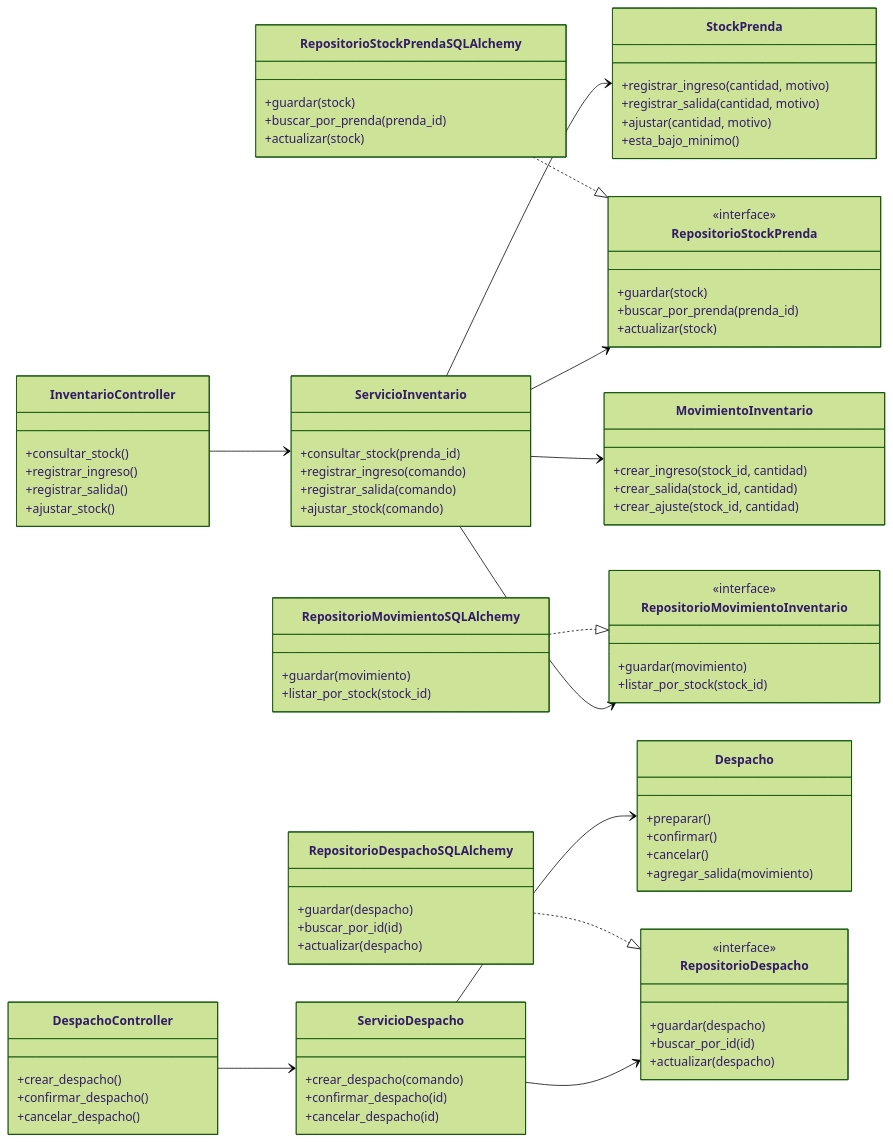
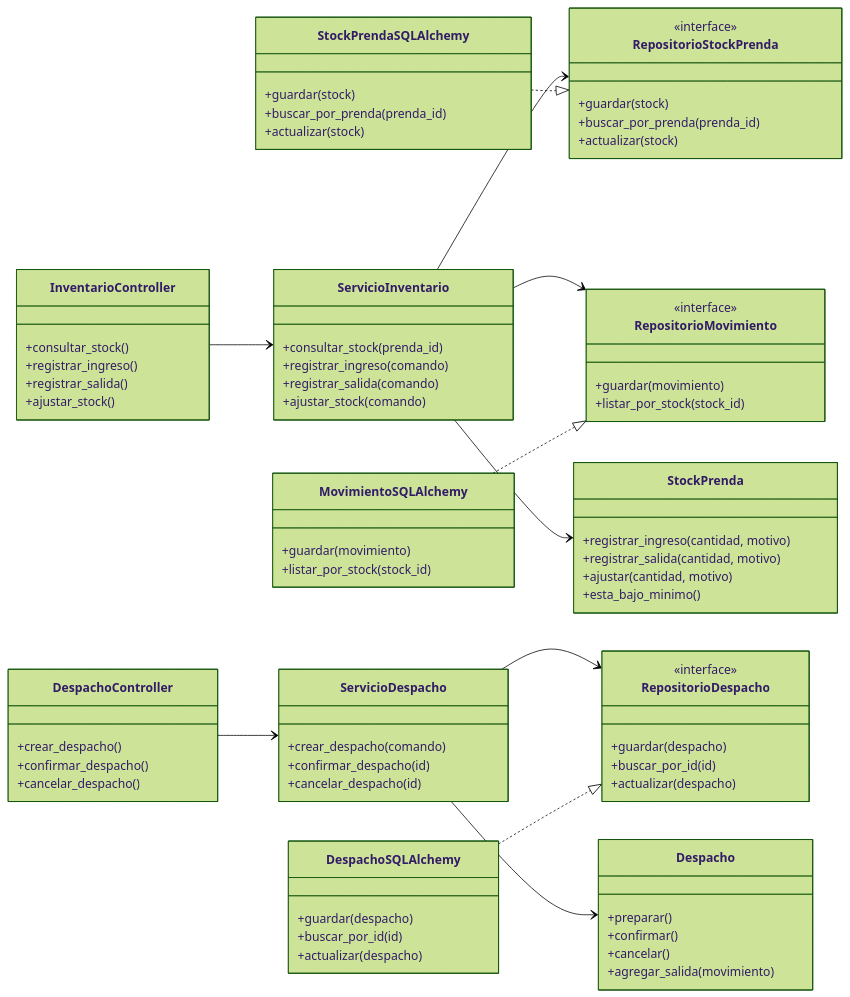
The fifth of 9 diagrams in README.md (javierRock/SoftwareTextil), drawn with Mermaid (forest theme) before and after one commit. The commit also changed other lines of this file, not shown here.

````diff
--- a/README.md
+++ b/README.md
@@ -558,7 +431,7 @@
         +actualizar(stock)
     }
 
-    class RepositorioMovimientoInventario {
+    class RepositorioMovimiento {
         <<interface>>
         +guardar(movimiento)
         +listar_por_stock(stock_id)
@@ -578,12 +451,6 @@
         +esta_bajo_minimo()
     }
 
-    class MovimientoInventario {
-        +crear_ingreso(stock_id, cantidad)
-        +crear_salida(stock_id, cantidad)
-        +crear_ajuste(stock_id, cantidad)
-    }
-
     class Despacho {
         +preparar()
         +confirmar()
@@ -591,18 +458,18 @@
         +agregar_salida(movimiento)
     }
 
-    class RepositorioStockPrendaSQLAlchemy {
+    class StockPrendaSQLAlchemy {
         +guardar(stock)
         +buscar_por_prenda(prenda_id)
         +actualizar(stock)
     }
 
-    class RepositorioMovimientoSQLAlchemy {
+    class MovimientoSQLAlchemy {
         +guardar(movimiento)
         +listar_por_stock(stock_id)
     }
 
-    class RepositorioDespachoSQLAlchemy {
+    class DespachoSQLAlchemy {
         +guardar(despacho)
         +buscar_por_id(id)
         +actualizar(despacho)
@@ -611,12 +478,11 @@
     InventarioController --> ServicioInventario
     DespachoController --> ServicioDespacho
     ServicioInventario --> RepositorioStockPrenda
-    ServicioInventario --> RepositorioMovimientoInventario
+    ServicioInventario --> RepositorioMovimiento
     ServicioInventario --> StockPrenda
-    ServicioInventario --> MovimientoInventario
     ServicioDespacho --> RepositorioDespacho
     ServicioDespacho --> Despacho
-    RepositorioStockPrendaSQLAlchemy ..|> RepositorioStockPrenda
-    RepositorioMovimientoSQLAlchemy ..|> RepositorioMovimientoInventario
-    RepositorioDespachoSQLAlchemy ..|> RepositorioDespacho
+    StockPrendaSQLAlchemy ..|> RepositorioStockPrenda
+    MovimientoSQLAlchemy ..|> RepositorioMovimiento
+    DespachoSQLAlchemy ..|> RepositorioDespacho
 ```
````
